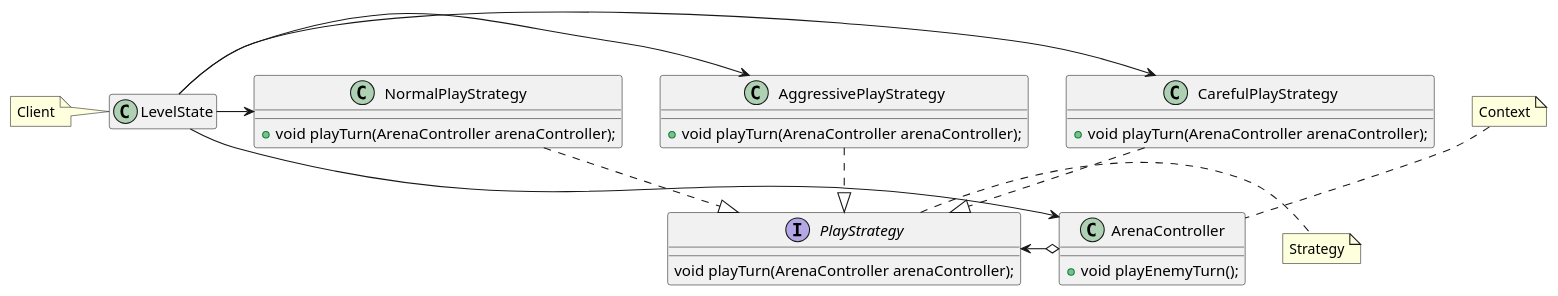
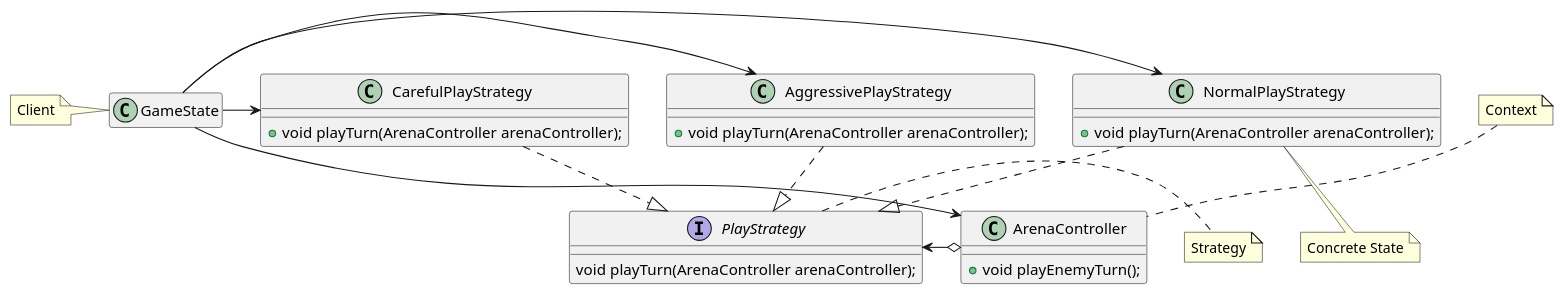
One commit to TsarkFC/lpoo-proj changed the diagram in docs/uml/Strategy.puml. Above: the diagram before and after it, drawn with PlantUML. The commit also changed 25 other files, not shown here.

```diff
--- a/docs/uml/Strategy.puml
+++ b/docs/uml/Strategy.puml
@@ -1,45 +1,49 @@
 @startuml strategy
 
 interface PlayStrategy {
     void playTurn(ArenaController arenaController);
 }
 note right 
 Strategy
 end note
 
 class ArenaController{
     + void playEnemyTurn();
 }
 note top
 Context
 end note
 
 class NormalPlayStrategy{
     + void playTurn(ArenaController arenaController);
 }
+note bottom
+Concrete State
+end note
+
 class AggressivePlayStrategy{
     + void playTurn(ArenaController arenaController);
 }
 class CarefulPlayStrategy{
     + void playTurn(ArenaController arenaController);
 }
-class LevelState {}
-hide LevelState members
+class GameState {}
+hide GameState members
 
 note left
 Client
 end note
 
 PlayStrategy <-right-o ArenaController
 
-LevelState -> ArenaController
-LevelState -> NormalPlayStrategy
-LevelState -> CarefulPlayStrategy
-LevelState -> AggressivePlayStrategy
+GameState -> ArenaController
+GameState -> NormalPlayStrategy
+GameState -> CarefulPlayStrategy
+GameState -> AggressivePlayStrategy
 
 skinparam groupInheritance 3
 
 NormalPlayStrategy ..|> PlayStrategy
 AggressivePlayStrategy..|> PlayStrategy
 CarefulPlayStrategy ..|> PlayStrategy
 @enduml
```
